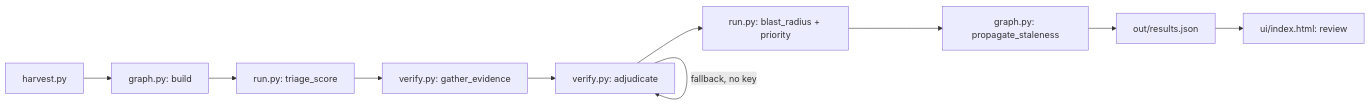
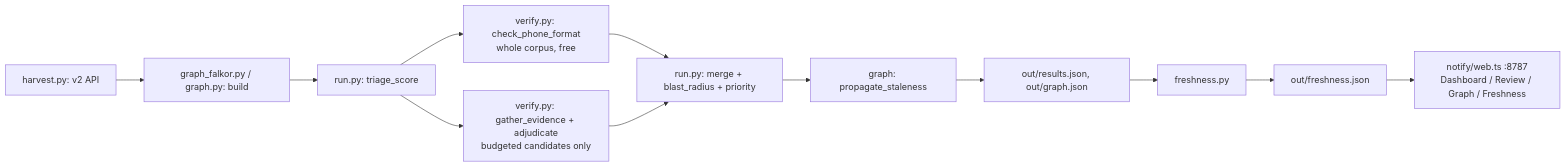
The second of 2 diagrams in README.md (FelixIsaac/darcel-watch), drawn with Mermaid before and after one commit. The commit also changed other lines of this file and 3 other files, not shown here.

````diff
--- a/README.md
+++ b/README.md
@@ -79,13 +111,14 @@
 ```mermaid
 flowchart LR
-    A[harvest.py] --> B[graph.py: build]
+    A[harvest.py: v2 API] --> B[graph_falkor.py / graph.py: build]
     B --> C[run.py: triage_score]
-    C --> D[verify.py: gather_evidence]
-    D --> E[verify.py: adjudicate]
-    E -->|Gemini 2.5 Flash| E
-    E -->|fallback, no key| E
-    E --> F[run.py: blast_radius + priority]
-    F --> G[graph.py: propagate_staleness]
-    G --> H[out/results.json]
-    H --> I[ui/index.html: review]
+    C --> D[verify.py: check_phone_format<br/>whole corpus, free]
+    C --> E[verify.py: gather_evidence + adjudicate<br/>budgeted candidates only]
+    D --> F[run.py: merge + blast_radius + priority]
+    E --> F
+    F --> G[graph: propagate_staleness]
+    G --> H[out/results.json, out/graph.json]
+    H --> I[freshness.py]
+    I --> J[out/freshness.json]
+    J --> K[notify/web.ts :8787<br/>Dashboard / Review / Graph / Freshness]
 ```
````
